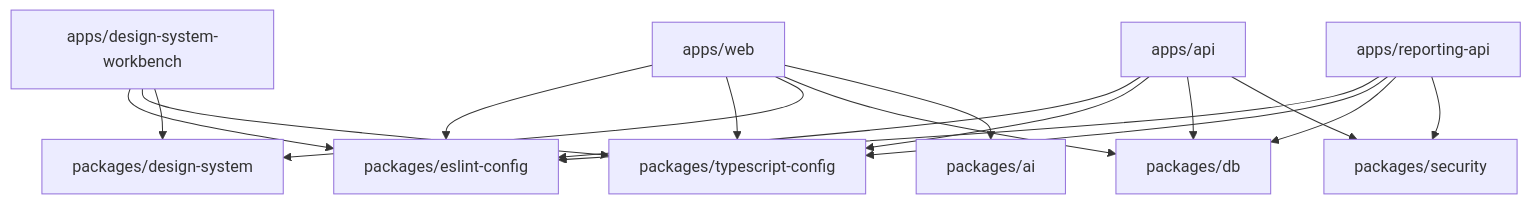
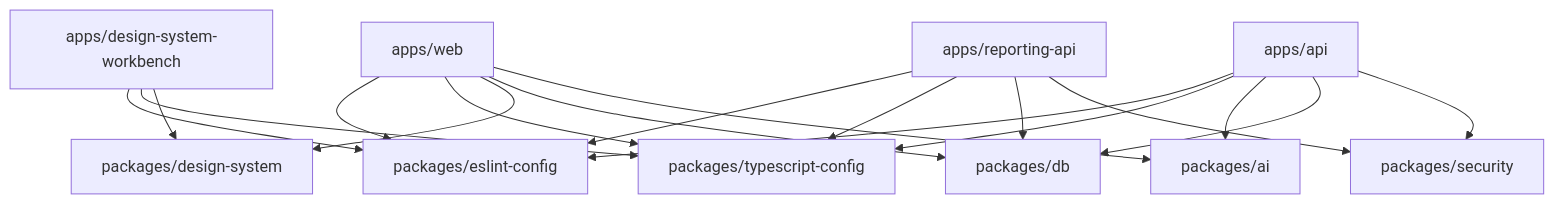
One commit to hlebtkachenko/analytics changed the third of 4 diagrams in ARCHITECTURE.md. Above: the diagram before and after it, drawn with Mermaid. The commit also changed other lines of this file and 21 other files, not shown here.

````diff
--- a/ARCHITECTURE.md
+++ b/ARCHITECTURE.md
@@ -84,30 +109,31 @@
 ```mermaid
 flowchart TD
   web[apps/web]
   api[apps/api]
   reporting[apps/reporting-api]
   workbench[apps/design-system-workbench]
   design[packages/design-system]
   ai[packages/ai]
   db[packages/db]
   security[packages/security]
   eslint[packages/eslint-config]
   typescript[packages/typescript-config]
 
   web --> eslint
   web --> typescript
   web --> design
   web --> db
   web --> ai
   api --> eslint
   api --> typescript
+  api --> ai
   api --> db
   api --> security
   reporting --> eslint
   reporting --> typescript
   reporting --> db
   reporting --> security
   workbench --> eslint
   workbench --> typescript
   workbench --> design
 ```
````
